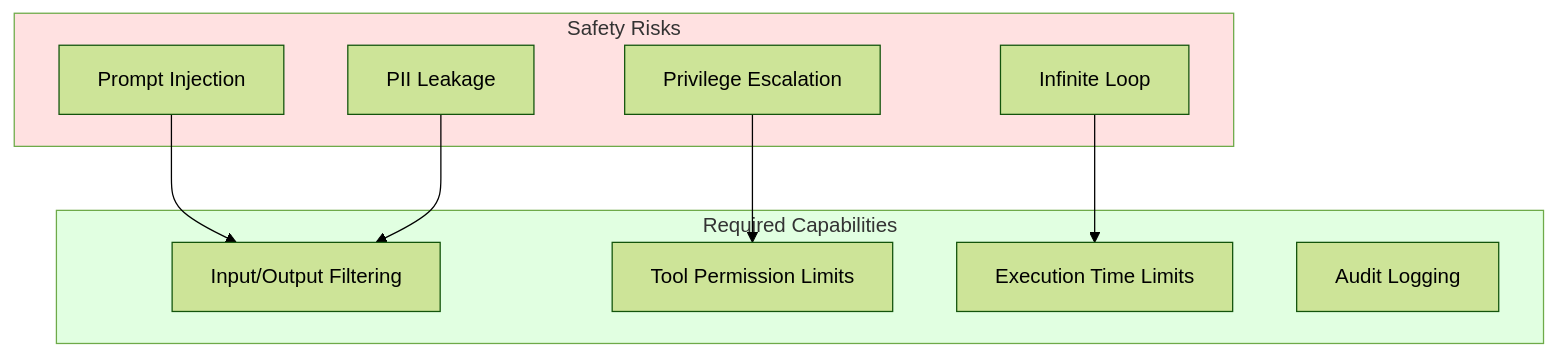
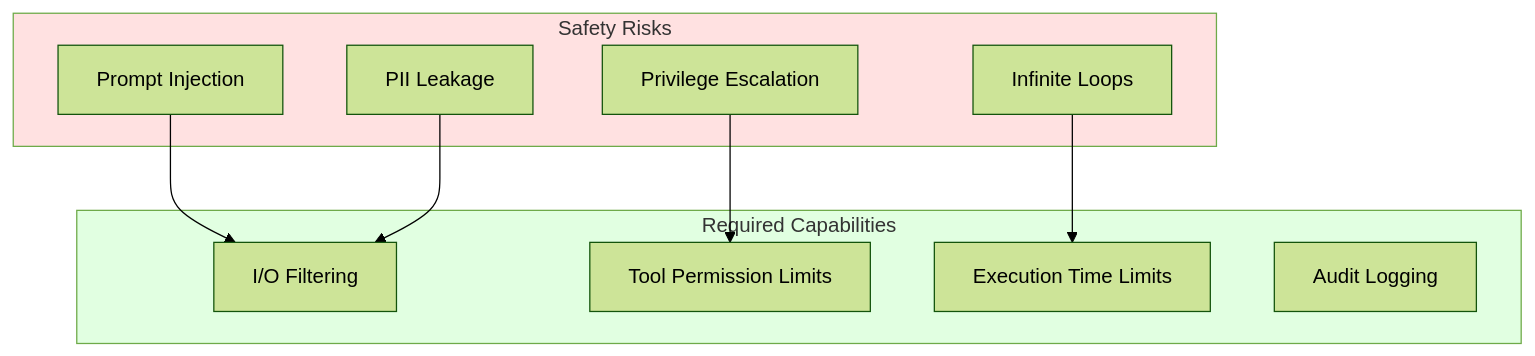
Before and after one commit to devfloor9/engineering-playbook: the third of 4 diagrams in i18n/en/docusaurus-plugin-content-docs/current/agentic-ai-platform/design-architecture/agentic-ai-challenges.md, drawn with Mermaid (forest theme). The commit also changed other lines of this file and 95 other files, not shown here.

````diff
--- a/i18n/en/docusaurus-plugin-content-docs/current/agentic-ai-platform/design-architecture/agentic-ai-challenges.md
+++ b/i18n/en/docusaurus-plugin-content-docs/current/agentic-ai-platform/design-architecture/agentic-ai-challenges.md
@@ -149,24 +206,24 @@
 ```mermaid
 flowchart TD
     subgraph Risks["Safety Risks"]
         R1["Prompt Injection"]
         R2["PII Leakage"]
-        R3["Infinite Loop"]
+        R3["Infinite Loops"]
         R4["Privilege Escalation"]
     end
 
     subgraph Needs["Required Capabilities"]
-        N1["Input/Output Filtering"]
+        N1["I/O Filtering"]
         N2["Tool Permission Limits"]
         N3["Execution Time Limits"]
         N4["Audit Logging"]
     end
 
     R1 --> N1
     R2 --> N1
     R3 --> N3
     R4 --> N2
 
     style Risks fill:#ffe1e1
     style Needs fill:#e1ffe1
 ```
````
